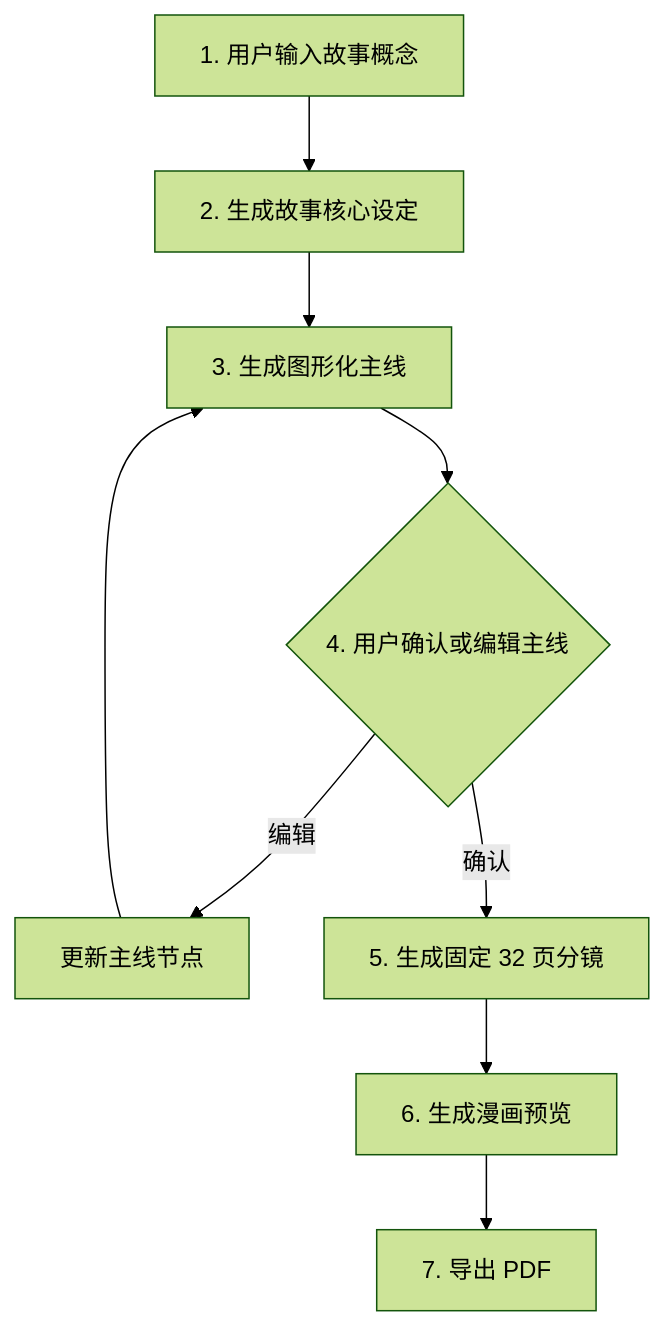
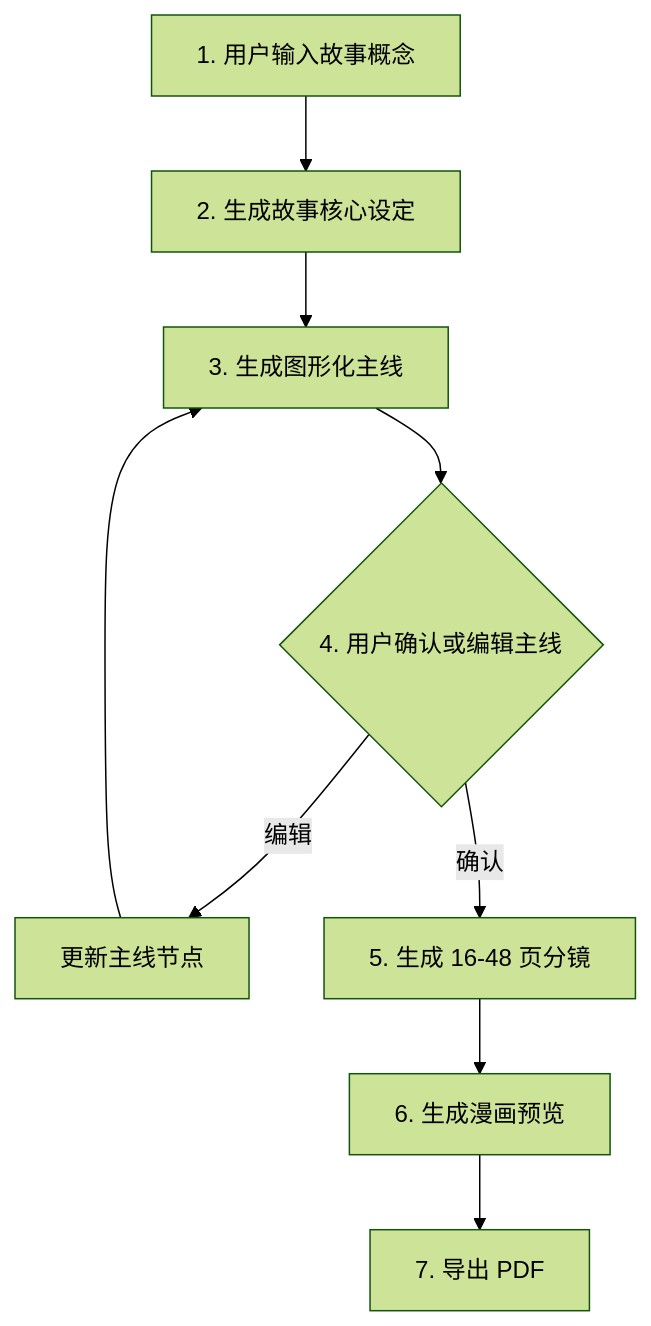
One commit to yaochx/KidsMindSpark changed the first of 2 diagrams in docs/STORY_FLOW.md. Above: the diagram before and after it, drawn with Mermaid (forest theme). The commit also changed other lines of this file and 27 other files, not shown here.

````diff
--- a/docs/STORY_FLOW.md
+++ b/docs/STORY_FLOW.md
@@ -5,11 +5,11 @@
 ```mermaid
 flowchart TD
     A[1. 用户输入故事概念] --> B[2. 生成故事核心设定]
     B --> C[3. 生成图形化主线]
     C --> D{4. 用户确认或编辑主线}
     D -- 编辑 --> E[更新主线节点]
     E --> C
-    D -- 确认 --> F[5. 生成固定 32 页分镜]
+    D -- 确认 --> F[5. 生成 16-48 页分镜]
     F --> G[6. 生成漫画预览]
     G --> H[7. 导出 PDF]
 ```
````
